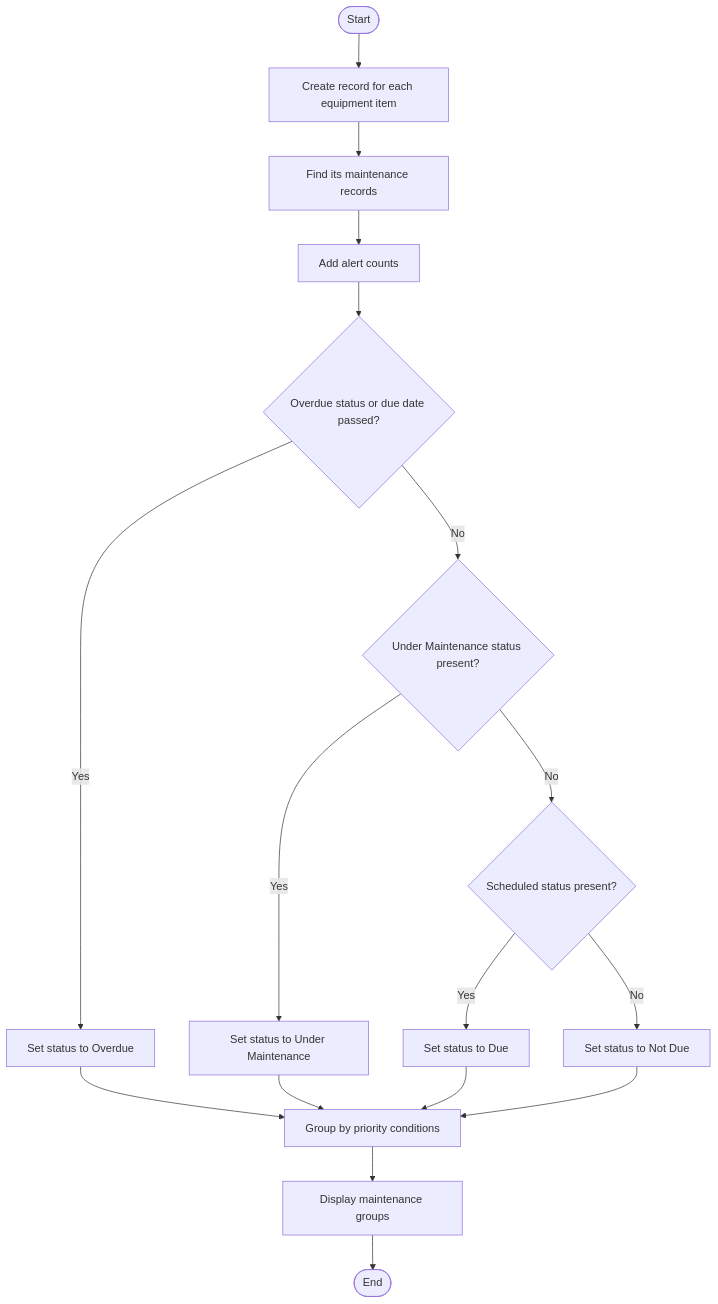
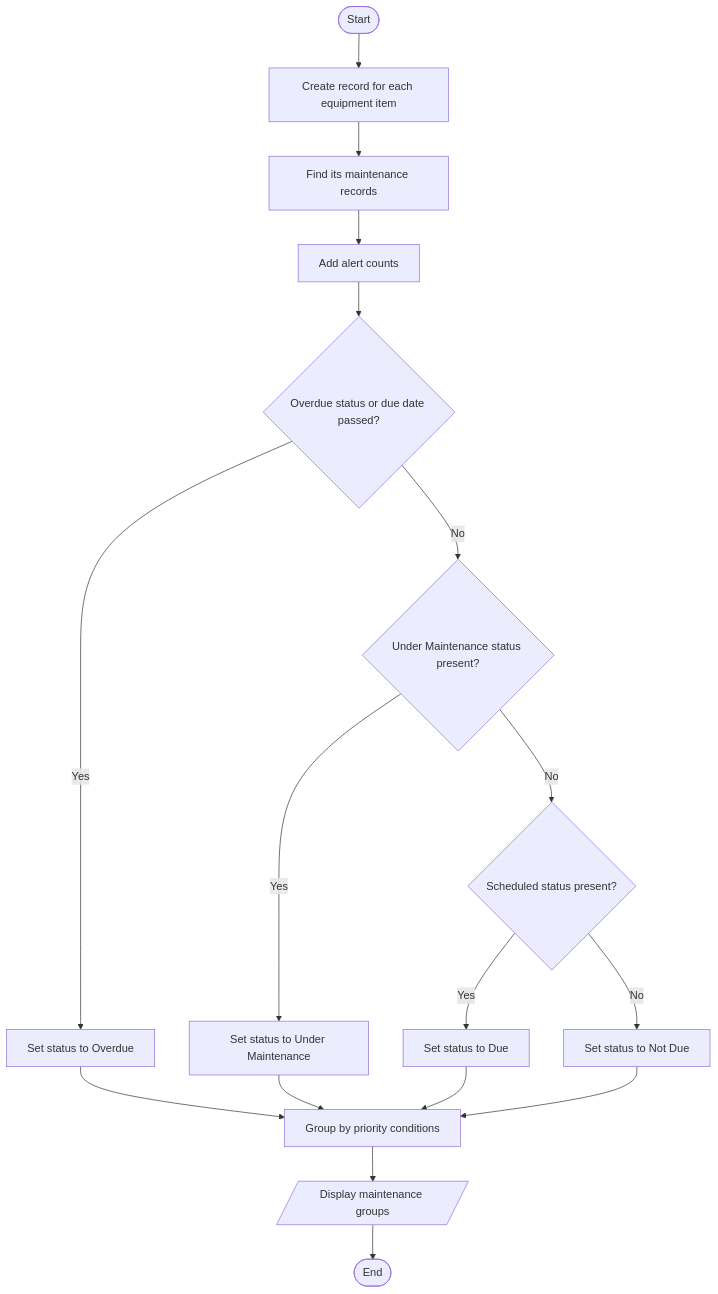
Before and after one commit to 2942996/KHWEZI-MINING-APP: the ninth of 12 diagrams in Algorithms, Flowcharts and Pseudocode/flowcharts/FLOWCHARTS.md, drawn with Mermaid. The commit also changed other lines of this file, not shown here.

First line of the commit message:
Refactor flowchart error messages for clarity

````diff
--- a/Algorithms, Flowcharts and Pseudocode/flowcharts/FLOWCHARTS.md
+++ b/Algorithms, Flowcharts and Pseudocode/flowcharts/FLOWCHARTS.md
@@ -145,19 +145,19 @@
 ```mermaid
 flowchart TD
     A([Start]) --> B[Create record for each equipment item]
     B --> C[Find its maintenance records]
     C --> D[Add alert counts]
     D --> E{Overdue status or due date passed?}
     E -- Yes --> F[Set status to Overdue]
     E -- No --> G{Under Maintenance status present?}
     G -- Yes --> H[Set status to Under Maintenance]
     G -- No --> I{Scheduled status present?}
     I -- Yes --> J[Set status to Due]
     I -- No --> K[Set status to Not Due]
     F --> L[Group by priority conditions]
     H --> L
     J --> L
     K --> L
-    L --> M[Display maintenance groups]
+    L --> M[/Display maintenance groups/]
     M --> N([End])
 ```
````
